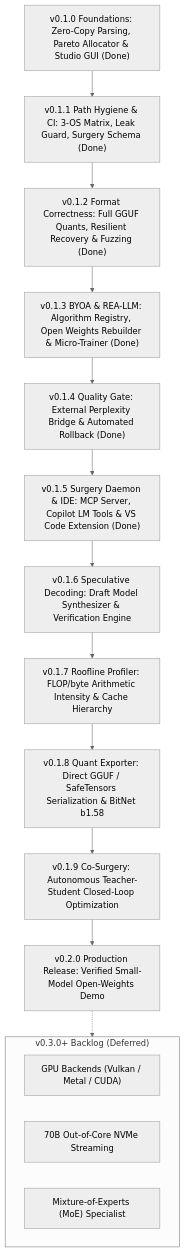
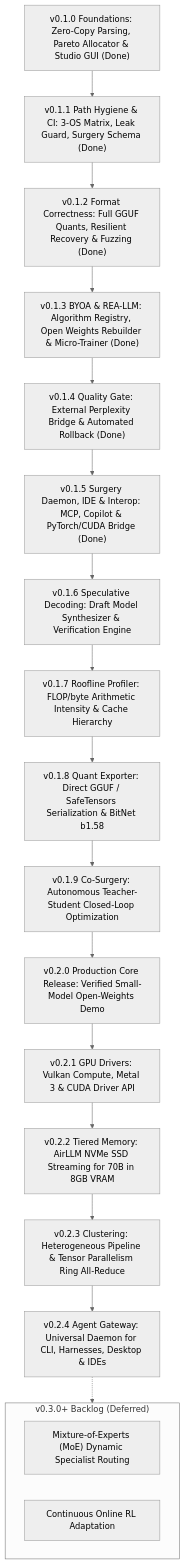
Before and after one commit to EdEpiphanes/THME-Epiphanes: the diagram in README.md, drawn with Mermaid (neutral theme). The commit also changed other lines of this file and 4 other files, not shown here.

Commit message:
docs(roadmap): expand hardware execution (Vulkan/Metal/CUDA, NVMe streaming, clustering) & universal agentic gateway

````diff
--- a/README.md
+++ b/README.md
@@ -409,24 +409,27 @@
 ```mermaid
 flowchart TD
     v010["v0.1.0 Foundations: Zero-Copy Parsing, Pareto Allocator & Studio GUI (Done)"]
     v011["v0.1.1 Path Hygiene & CI: 3-OS Matrix, Leak Guard, Surgery Schema (Done)"]
     v012["v0.1.2 Format Correctness: Full GGUF Quants, Resilient Recovery & Fuzzing (Done)"]
     v013["v0.1.3 BYOA & REA-LLM: Algorithm Registry, Open Weights Rebuilder & Micro-Trainer (Done)"]
     v014["v0.1.4 Quality Gate: External Perplexity Bridge & Automated Rollback (Done)"]
-    v015["v0.1.5 Surgery Daemon & IDE: MCP Server, Copilot LM Tools & VS Code Extension (Done)"]
+    v015["v0.1.5 Surgery Daemon, IDE & Interop: MCP, Copilot & PyTorch/CUDA Bridge (Done)"]
     v016["v0.1.6 Speculative Decoding: Draft Model Synthesizer & Verification Engine"]
     v017["v0.1.7 Roofline Profiler: FLOP/byte Arithmetic Intensity & Cache Hierarchy"]
     v018["v0.1.8 Quant Exporter: Direct GGUF / SafeTensors Serialization & BitNet b1.58"]
     v019["v0.1.9 Co-Surgery: Autonomous Teacher-Student Closed-Loop Optimization"]
-    v020["v0.2.0 Production Release: Verified Small-Model Open-Weights Demo"]
+    v020["v0.2.0 Production Core Release: Verified Small-Model Open-Weights Demo"]
+    v021["v0.2.1 GPU Drivers: Vulkan Compute, Metal 3 & CUDA Driver API"]
+    v022["v0.2.2 Tiered Memory: AirLLM NVMe SSD Streaming for 70B in 8GB VRAM"]
+    v023["v0.2.3 Clustering: Heterogeneous Pipeline & Tensor Parallelism Ring All-Reduce"]
+    v024["v0.2.4 Agent Gateway: Universal Daemon for CLI, Harnesses, Desktop & IDEs"]
 
-    v010 --> v011 --> v012 --> v013 --> v014 --> v015 --> v016 --> v017 --> v018 --> v019 --> v020
+    v010 --> v011 --> v012 --> v013 --> v014 --> v015 --> v016 --> v017 --> v018 --> v019 --> v020 --> v021 --> v022 --> v023 --> v024
 
     subgraph Backlog_v03 ["v0.3.0+ Backlog (Deferred)"]
-        v031["GPU Backends (Vulkan / Metal / CUDA)"]
-        v032["70B Out-of-Core NVMe Streaming"]
-        v033["Mixture-of-Experts (MoE) Specialist"]
+        v031["Mixture-of-Experts (MoE) Dynamic Specialist Routing"]
+        v032["Continuous Online RL Adaptation"]
     end
 
-    v020 -.-> Backlog_v03
+    v024 -.-> Backlog_v03
 ```
````
